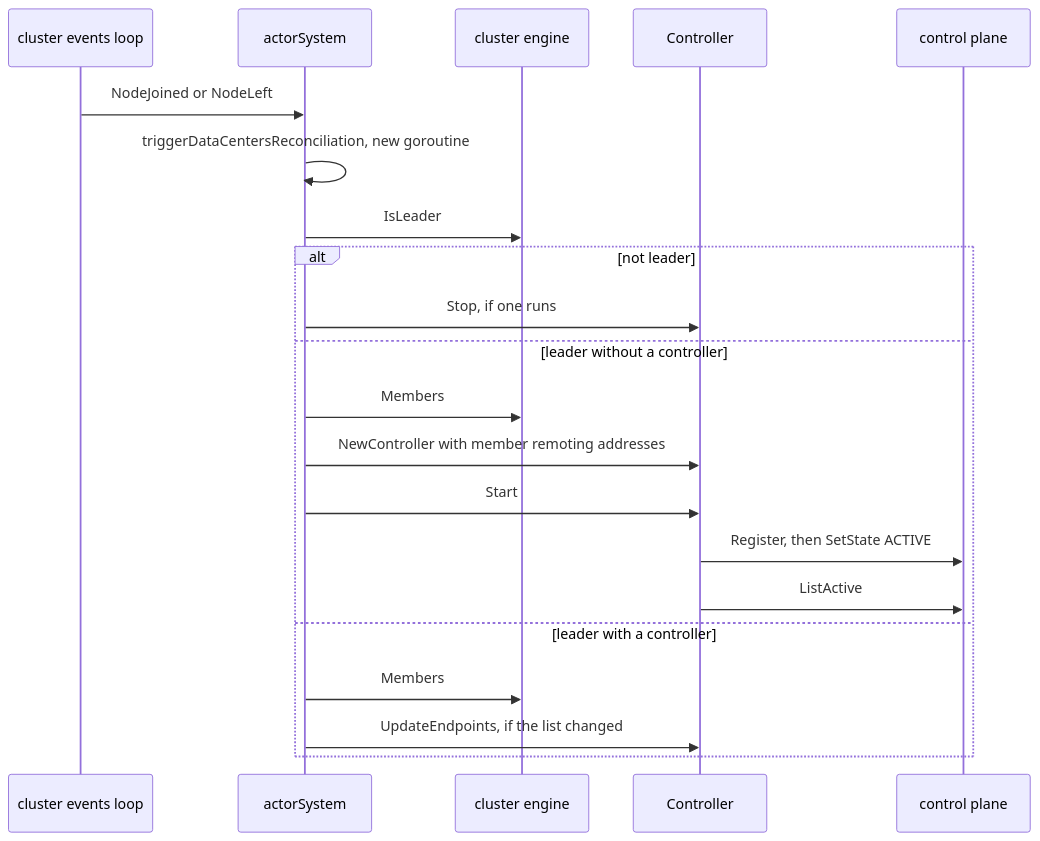
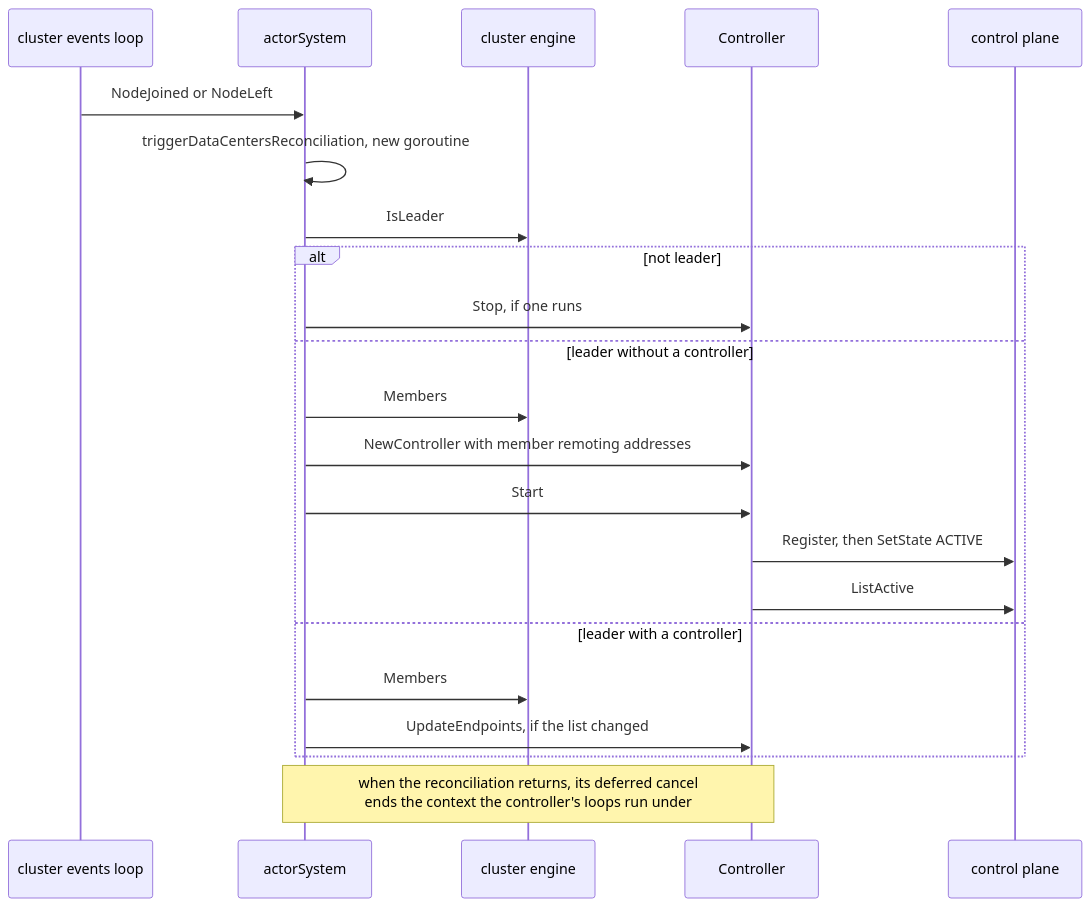
Before and after one commit to Tochemey/goakt: the third of 3 diagrams in book/chapters/chap-22.md, drawn with Mermaid. The commit also changed other lines of this file and 27 other files, not shown here.

````diff
--- a/book/chapters/chap-22.md
+++ b/book/chapters/chap-22.md
@@ -336,23 +336,24 @@
 ```mermaid
 sequenceDiagram
     participant Ev as cluster events loop
     participant AS as actorSystem
     participant Cl as cluster engine
     participant DC as Controller
     participant CP as control plane
     Ev->>AS: NodeJoined or NodeLeft
     AS->>AS: triggerDataCentersReconciliation, new goroutine
     AS->>Cl: IsLeader
     alt not leader
         AS->>DC: Stop, if one runs
     else leader without a controller
         AS->>Cl: Members
         AS->>DC: NewController with member remoting addresses
         AS->>DC: Start
         DC->>CP: Register, then SetState ACTIVE
         DC->>CP: ListActive
     else leader with a controller
         AS->>Cl: Members
         AS->>DC: UpdateEndpoints, if the list changed
     end
+    Note over AS,DC: when the reconciliation returns, its deferred cancel<br/>ends the context the controller's loops run under
 ```
````
